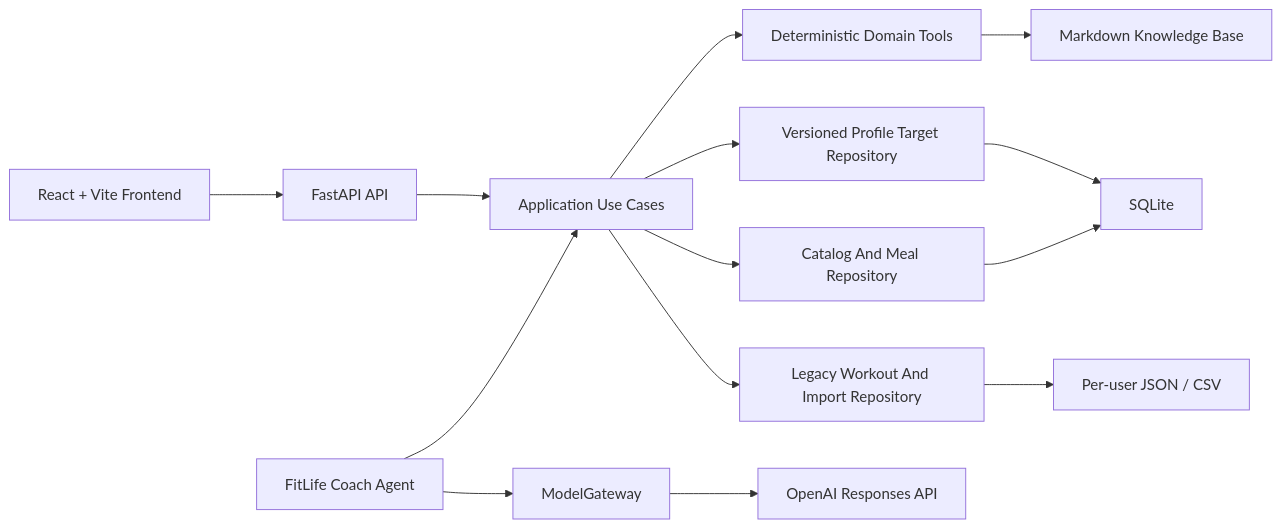
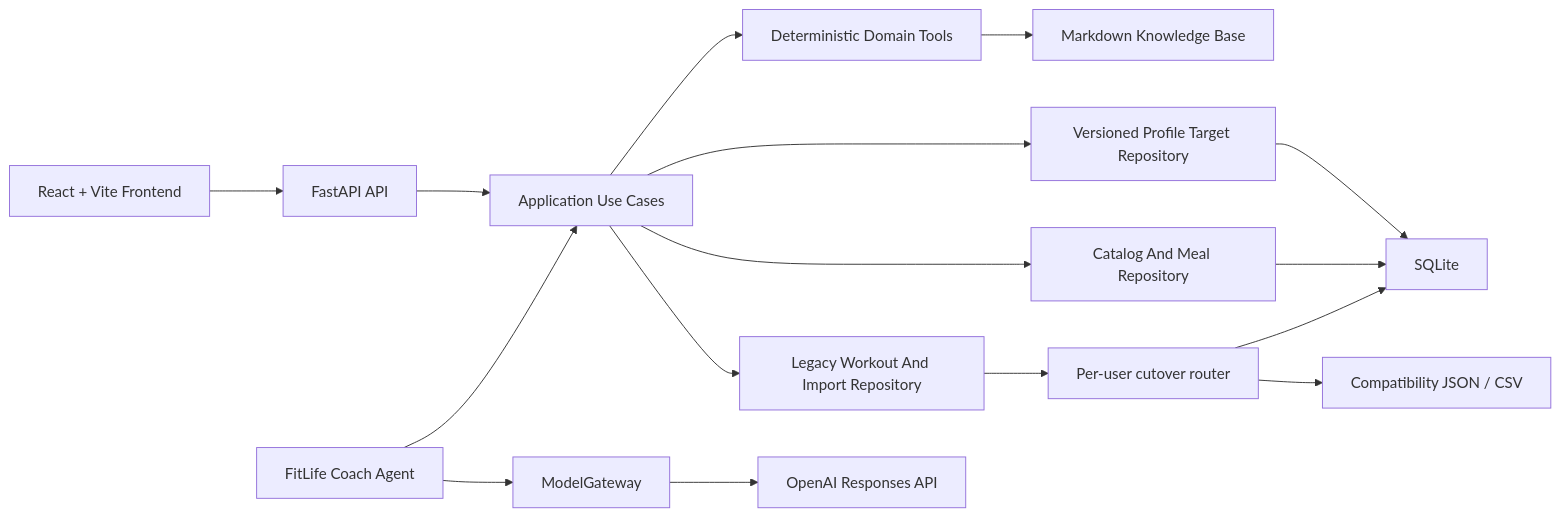
Before and after one commit to HarrySheldon/fitlife-agent: the diagram in README.md, drawn with Mermaid. The commit also changed other lines of this file and 3 other files, not shown here.

````diff
--- a/README.md
+++ b/README.md
@@ -25,16 +25,18 @@
 ```mermaid
 flowchart LR
   UI["React + Vite Frontend"] --> API["FastAPI API"]
   API --> APP["Application Use Cases"]
   APP --> DOMAIN["Deterministic Domain Tools"]
   APP --> PROFILE_REPO["Versioned Profile Target Repository"]
   APP --> MEAL_REPO["Catalog And Meal Repository"]
   APP --> RECORD_REPO["Legacy Workout And Import Repository"]
   AGENT["FitLife Coach Agent"] --> APP
   AGENT --> MODEL["ModelGateway"]
   PROFILE_REPO --> SQLITE["SQLite"]
   MEAL_REPO --> SQLITE
-  RECORD_REPO --> FILES["Per-user JSON / CSV"]
+  RECORD_REPO --> ROUTER["Per-user cutover router"]
+  ROUTER --> SQLITE
+  ROUTER --> FILES["Compatibility JSON / CSV"]
   MODEL --> OPENAI["OpenAI Responses API"]
   DOMAIN --> KB["Markdown Knowledge Base"]
 ```
````
